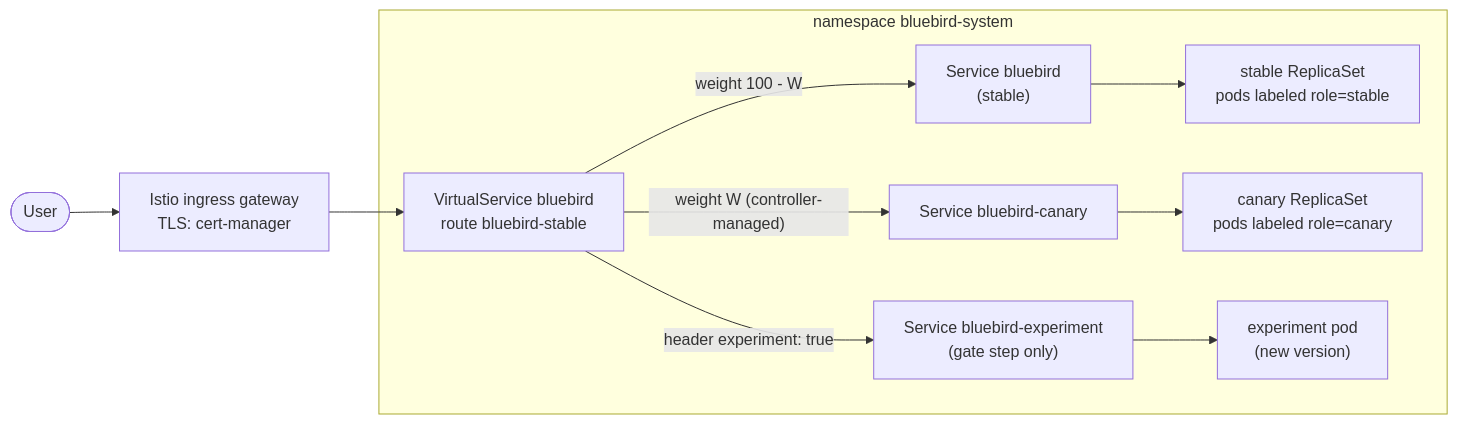
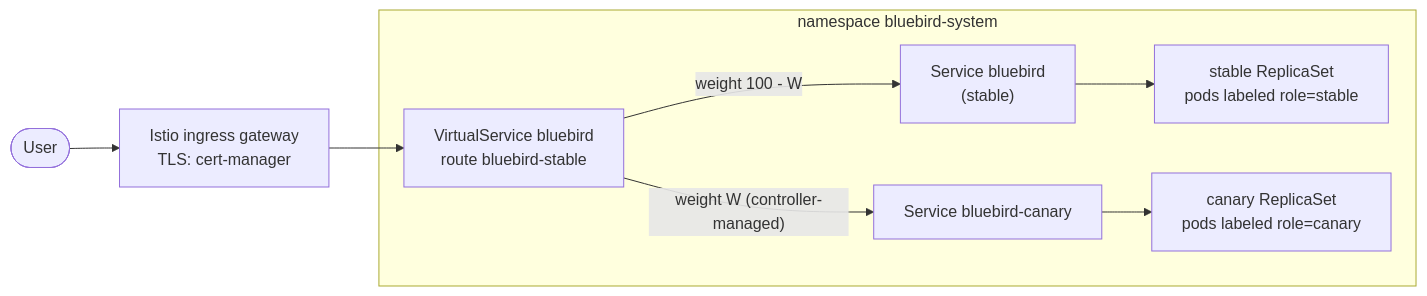
Before and after one commit to zimmertr/bluebird: the second of 6 diagrams in docs/CICD.md, drawn with Mermaid. The commit also changed other lines of this file, not shown here.

````diff
--- a/docs/CICD.md
+++ b/docs/CICD.md
@@ -331,20 +333,17 @@
 ```mermaid
 flowchart LR
     user(["User"])
     gw["Istio ingress gateway<br/>TLS: cert-manager"]
 
     subgraph NS["namespace bluebird-system"]
         vs["VirtualService bluebird<br/>route bluebird-stable"]
         ssvc["Service bluebird<br/>(stable)"]
         csvc["Service bluebird-canary"]
-        esvc["Service bluebird-experiment<br/>(gate step only)"]
         srs["stable ReplicaSet<br/>pods labeled role=stable"]
         crs["canary ReplicaSet<br/>pods labeled role=canary"]
-        epod["experiment pod<br/>(new version)"]
     end
 
     user --> gw --> vs
     vs -->|"weight 100 - W"| ssvc --> srs
     vs -->|"weight W (controller-managed)"| csvc --> crs
-    vs -->|"header experiment: true"| esvc --> epod
 ```
````
